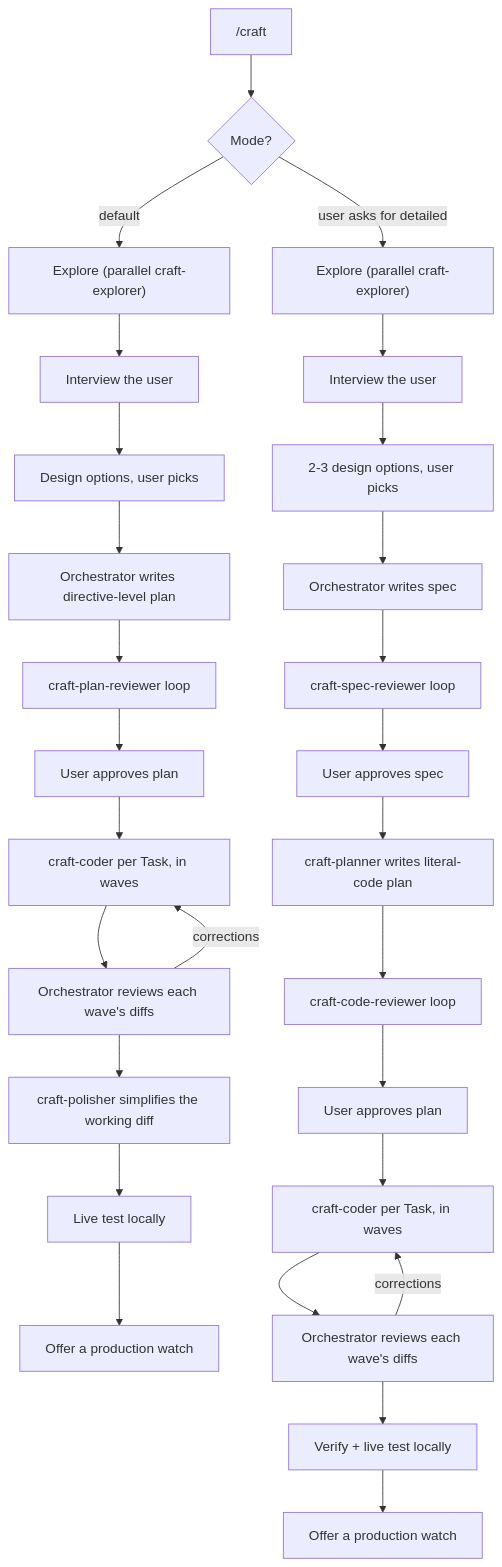
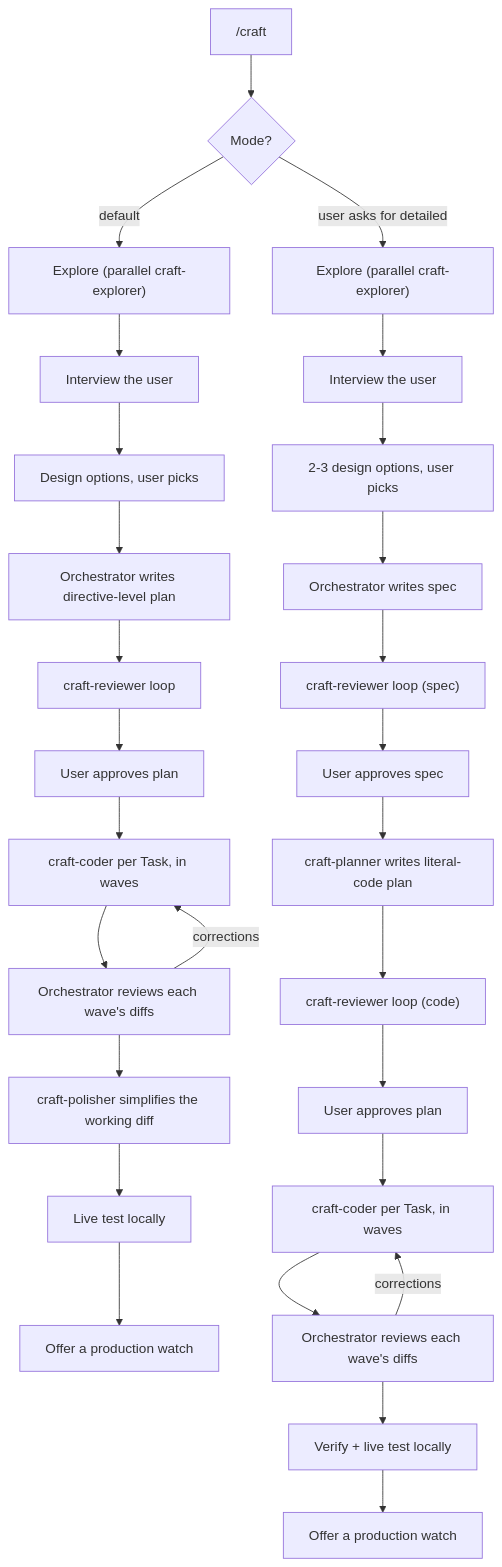
Before and after one commit to AidenHadisi/craft: the diagram in README.md, drawn with Mermaid. The commit also changed other lines of this file and 7 other files, not shown here.

First line of the commit message:
refactor: merge three craft reviewers into one craft-reviewer

````diff
--- a/README.md
+++ b/README.md
@@ -43,31 +41,31 @@
 ```mermaid
 flowchart TD
     start["/craft"] --> mode{"Mode?"}
     mode -->|default| qexplore["Explore (parallel craft-explorer)"]
     qexplore --> qinterview["Interview the user"]
     qinterview --> qdesigns["Design options, user picks"]
     qdesigns --> qplan["Orchestrator writes directive-level plan"]
-    qplan --> qplanrev["craft-plan-reviewer loop"]
+    qplan --> qplanrev["craft-reviewer loop"]
     qplanrev --> qgate["User approves plan"]
     qgate --> qbuild["craft-coder per Task, in waves"]
     qbuild --> qreview["Orchestrator reviews each wave's diffs"]
     qreview -->|corrections| qbuild
     qreview --> qpolish["craft-polisher simplifies the working diff"]
     qpolish --> qverify["Live test locally"]
     qverify --> qwatch["Offer a production watch"]
 
     mode -->|"user asks for detailed"| dexplore["Explore (parallel craft-explorer)"]
     dexplore --> interview["Interview the user"]
     interview --> designs["2-3 design options, user picks"]
     designs --> spec["Orchestrator writes spec"]
-    spec --> specrev["craft-spec-reviewer loop"]
+    spec --> specrev["craft-reviewer loop (spec)"]
     specrev --> specgate["User approves spec"]
     specgate --> planner["craft-planner writes literal-code plan"]
-    planner --> coderev["craft-code-reviewer loop"]
+    planner --> coderev["craft-reviewer loop (code)"]
     coderev --> plangate["User approves plan"]
     plangate --> dbuild["craft-coder per Task, in waves"]
     dbuild --> dreview["Orchestrator reviews each wave's diffs"]
     dreview -->|corrections| dbuild
     dreview --> dverify["Verify + live test locally"]
     dverify --> dwatch["Offer a production watch"]
 ```
````
